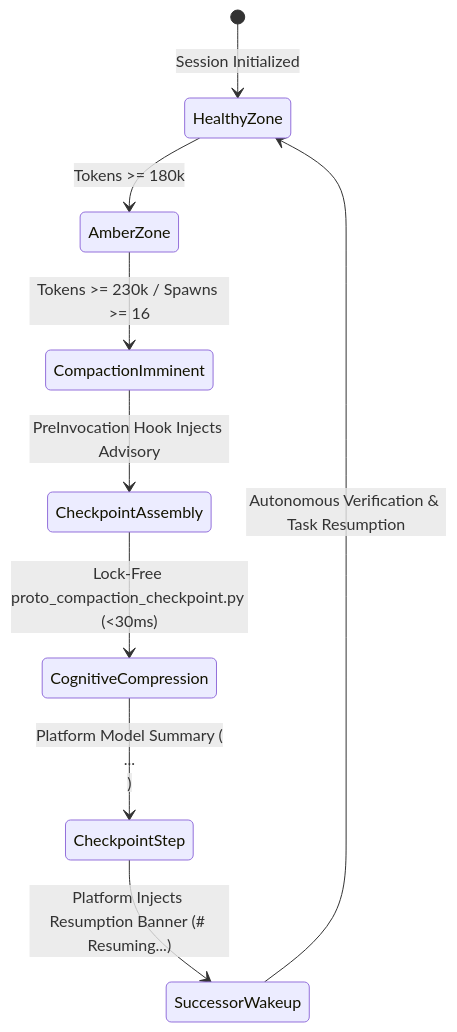
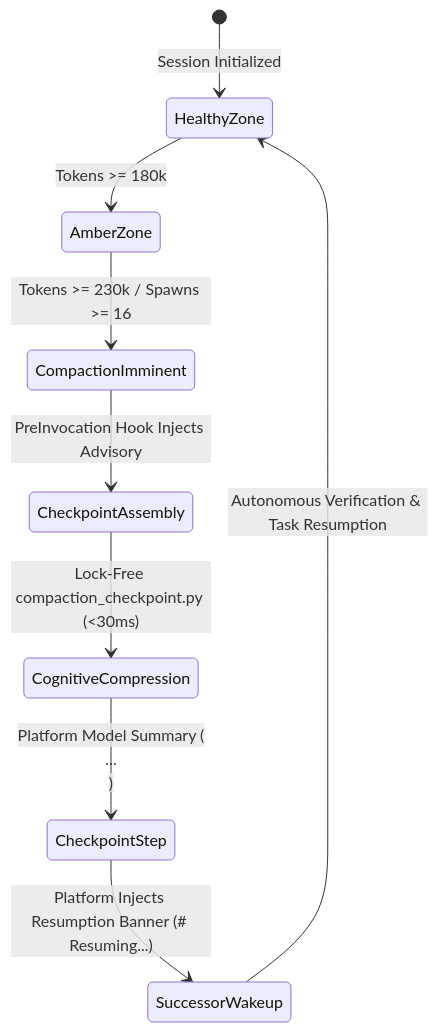
One commit to kuasha420/agyis-harness changed the fourth of 5 diagrams in docs/official-specs/cockpit-director.md. Above: the diagram before and after it, drawn with Mermaid. The commit also changed other lines of this file and 30 other files, not shown here.

````diff
--- a/docs/official-specs/cockpit-director.md
+++ b/docs/official-specs/cockpit-director.md
@@ -288,11 +288,11 @@
 ```mermaid
 stateDiagram-v2
     [*] --> HealthyZone: Session Initialized
     HealthyZone --> AmberZone: Tokens >= 180k
     AmberZone --> CompactionImminent: Tokens >= 230k / Spawns >= 16
     CompactionImminent --> CheckpointAssembly: PreInvocation Hook Injects Advisory
-    CheckpointAssembly --> CognitiveCompression: Lock-Free proto_compaction_checkpoint.py (<30ms)
+    CheckpointAssembly --> CognitiveCompression: Lock-Free compaction_checkpoint.py (<30ms)
     CognitiveCompression --> CheckpointStep: Platform Model Summary (<summary>...</summary>)
     CheckpointStep --> SuccessorWakeup: Platform Injects Resumption Banner (# Resuming...)
     SuccessorWakeup --> HealthyZone: Autonomous Verification & Task Resumption
 ```
````
